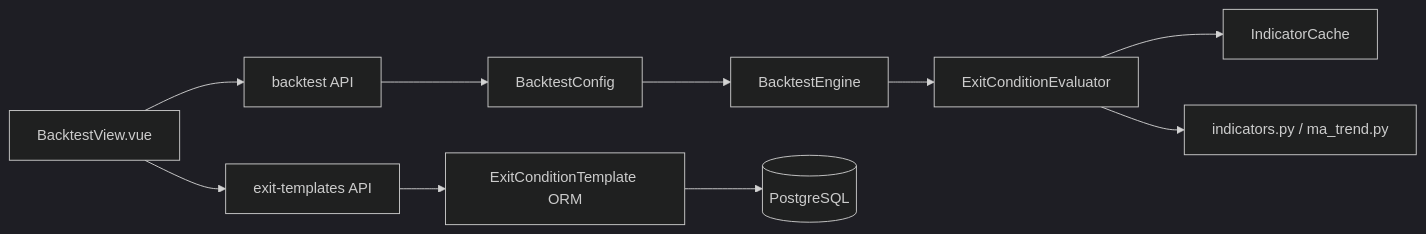
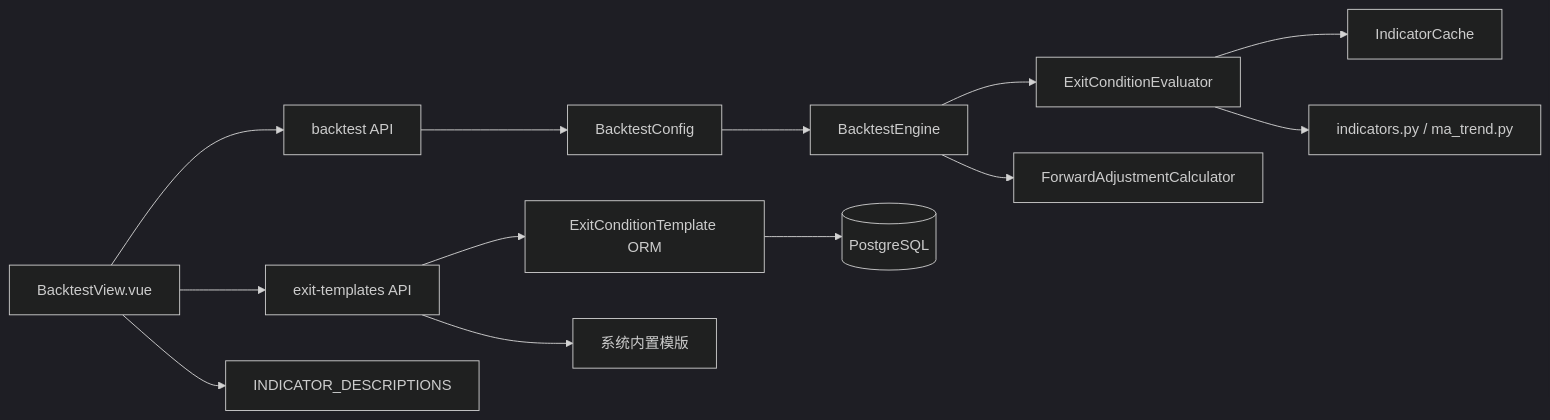
Before and after one commit to xdengpao/PoperRight: the second of 4 diagrams in .kiro/specs/backtest-exit-conditions/design.md, drawn with Mermaid (dark theme). The commit also changed other lines of this file and 17 other files, not shown here.

````diff
--- a/.kiro/specs/backtest-exit-conditions/design.md
+++ b/.kiro/specs/backtest-exit-conditions/design.md
@@ -46,12 +50,15 @@
 ```mermaid
 graph LR
     API[backtest API] --> Config[BacktestConfig]
     Config --> Engine[BacktestEngine]
     Engine --> Evaluator[ExitConditionEvaluator]
     Evaluator --> Cache[IndicatorCache]
     Evaluator --> Indicators[indicators.py / ma_trend.py]
+    Engine --> FAC[ForwardAdjustmentCalculator]
     Frontend[BacktestView.vue] --> API
     Frontend --> TemplateAPI[exit-templates API]
+    Frontend --> DescRegistry[INDICATOR_DESCRIPTIONS]
     TemplateAPI --> TemplateModel[ExitConditionTemplate ORM]
     TemplateModel --> PG[(PostgreSQL)]
+    TemplateAPI --> SystemTemplates[系统内置模版]
 ```
````
